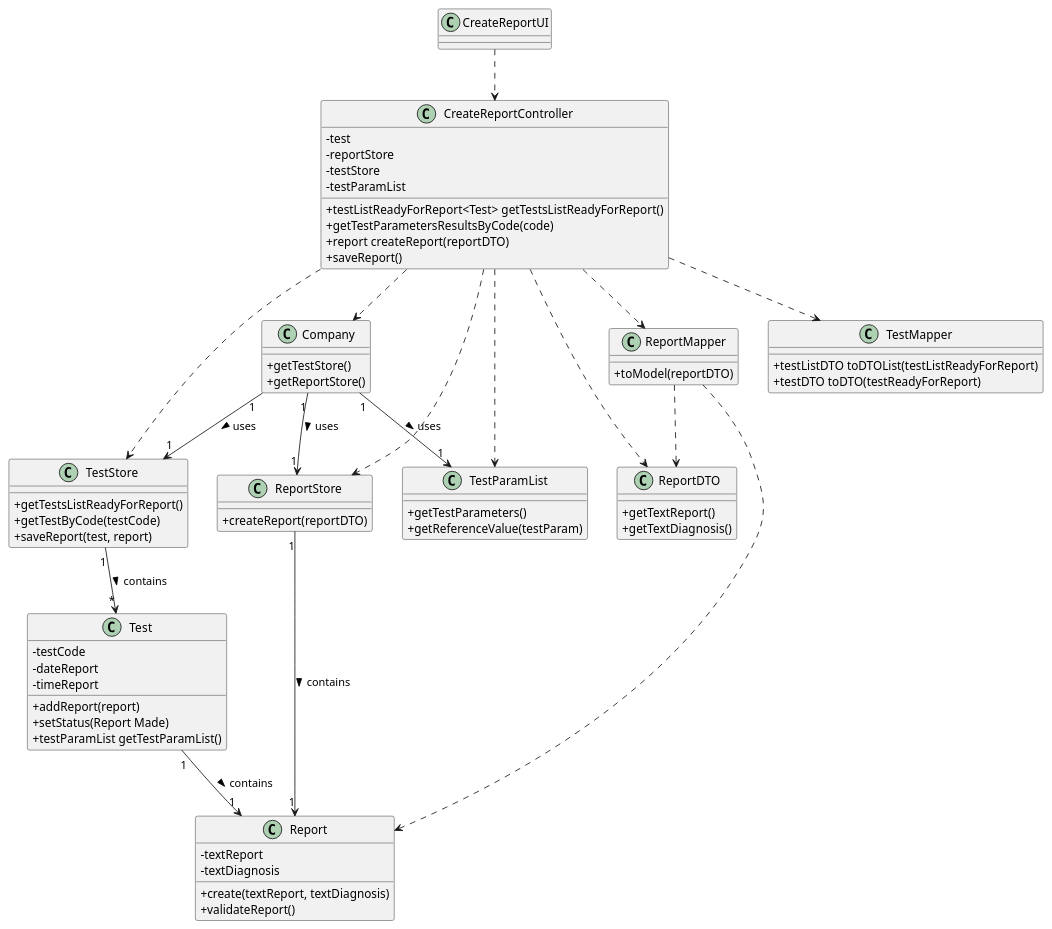
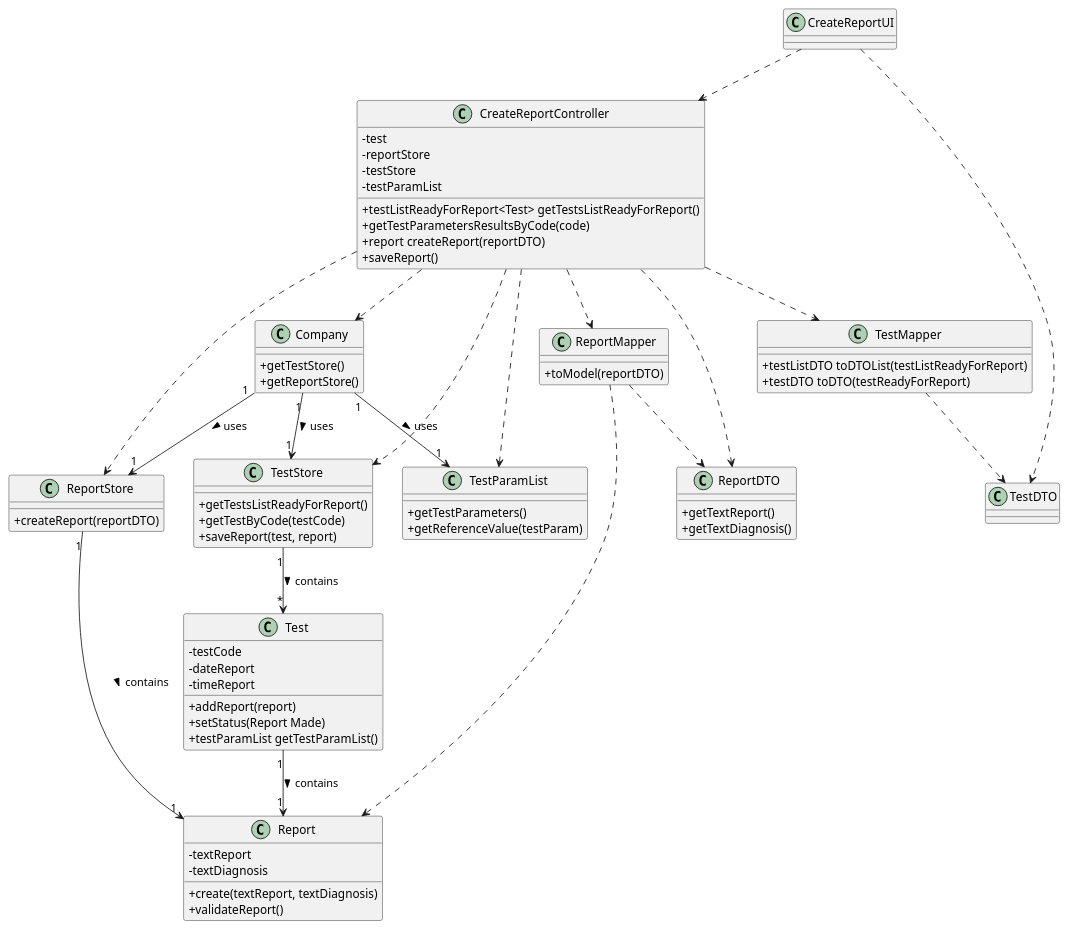
One commit to MadDinosaur/ISEP-LAPR2 changed the diagram in docs/SprintC/US14/US14_CD.puml. Above: the diagram before and after it, drawn with PlantUML. The commit also changed 1 other file, not shown here.

```diff
--- a/docs/SprintC/US14/US14_CD.puml
+++ b/docs/SprintC/US14/US14_CD.puml
@@ -1,94 +1,96 @@
 @startuml
 
 skinparam classAttributeIconSize 0
 
 class CreateReportUI
 
 class CreateReportController {
 -test
 -reportStore
 -testStore
 -testParamList
 
 
 +testListReadyForReport<Test> getTestsListReadyForReport()
 +getTestParametersResultsByCode(code)
 +report createReport(reportDTO)
 +saveReport()
 }
 
 class Company {
 +getTestStore()
 +getReportStore()
 }
 
 class TestStore {
 +getTestsListReadyForReport()
 +getTestByCode(testCode)
 +saveReport(test, report)
 }
 
 class Test {
 -testCode
 -dateReport
 -timeReport
 
 +addReport(report)
 +setStatus(Report Made)
 +testParamList getTestParamList()
 }
 
 class ReportStore {
 +createReport(reportDTO)
 }
 
 class ReportMapper {
 +toModel(reportDTO)
 }
 
 class ReportDTO {
 +getTextReport()
 +getTextDiagnosis()
 }
 
 class Report {
 -textReport
 -textDiagnosis
 
 +create(textReport, textDiagnosis)
 +validateReport()
 }
 
 class TestMapper {
 +testListDTO toDTOList(testListReadyForReport)
 +testDTO toDTO(testReadyForReport)
 }
 
 class TestParamList {
 +getTestParameters()
 +getReferenceValue(testParam)
 }
 
 CreateReportUI ..> CreateReportController
+CreateReportUI ..> TestDTO
 CreateReportController ..> Company
 Company "1"-down->"1" TestStore: uses >
 Company "1"-down->"1" ReportStore: uses >
 Company "1"-down->"1" TestParamList: uses >
 TestStore "1"-->"*" Test: contains >
 Test "1"-->"1" Report: contains >
 CreateReportController ..> TestStore
 CreateReportController ..> ReportStore
+TestMapper ..> TestDTO
 
 
 CreateReportController ..> TestMapper
 
 
 CreateReportController ..> ReportDTO
 CreateReportController ..> ReportMapper
 ReportMapper ..> ReportDTO
 ReportMapper ..> Report
 ReportStore "1"-->"1" Report: contains >
 
 CreateReportController ..> TestParamList
 
 @enduml
```
